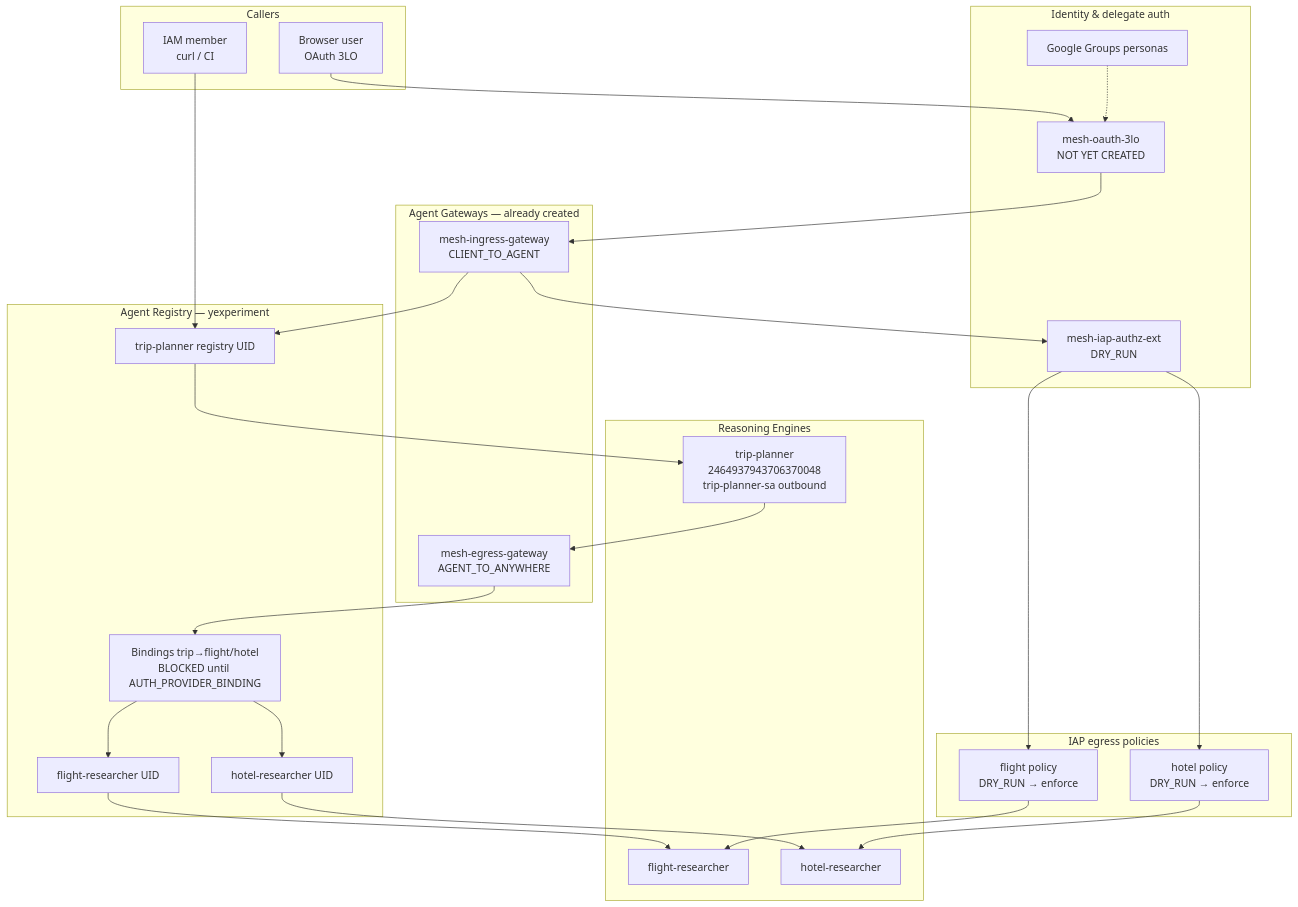
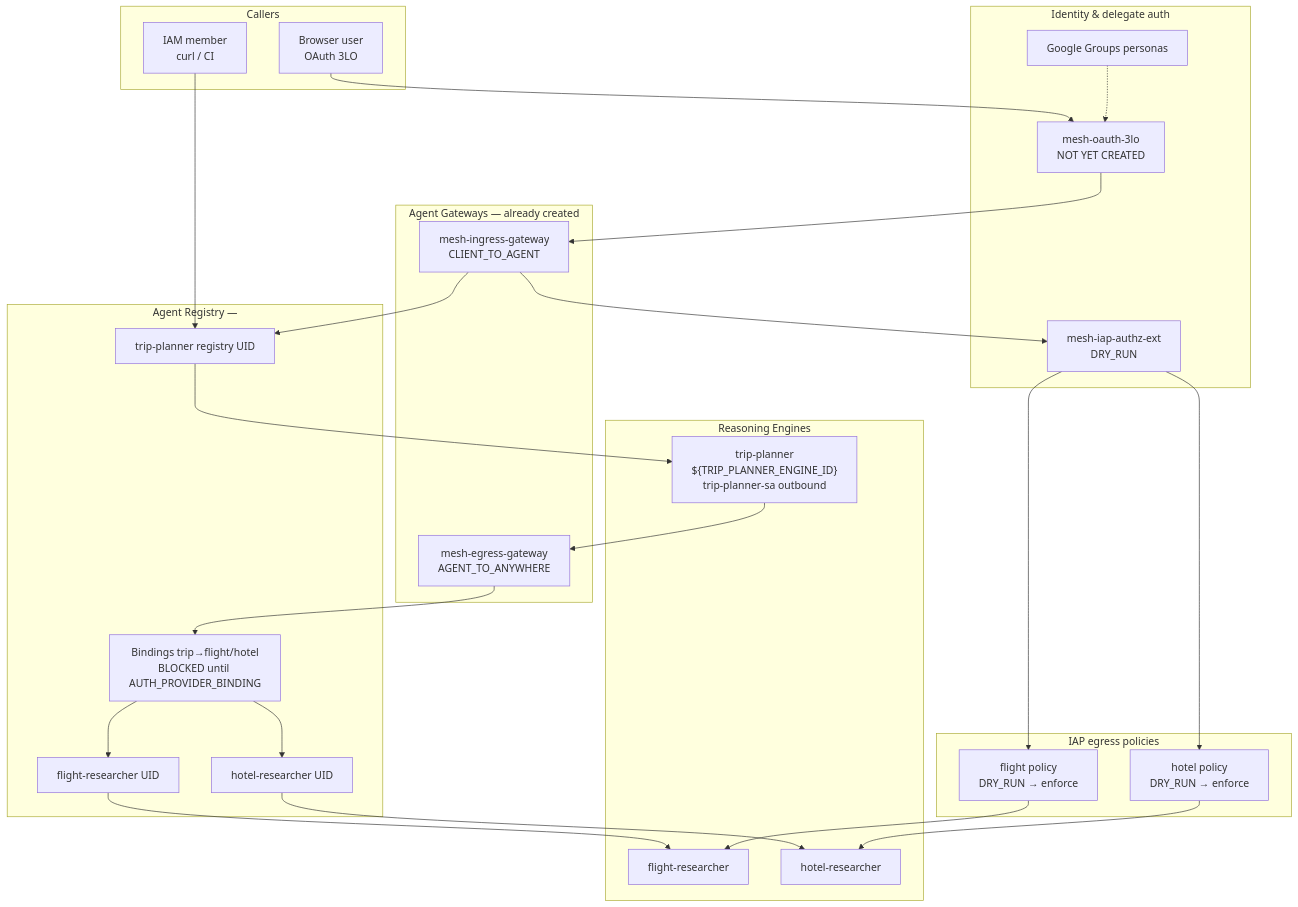
Before and after one commit to yu-iskw/agent-cli-demo: the first of 5 diagrams in docs/guides/05-gateway-policy-demo.md, drawn with Mermaid. The commit also changed other lines of this file and 43 other files, not shown here.

First line of the commit message:
refactor(mesh): make GCP project config portable and add lifecycle scripts

````diff
--- a/docs/guides/05-gateway-policy-demo.md
+++ b/docs/guides/05-gateway-policy-demo.md
@@ -25,54 +25,54 @@
 ```mermaid
 flowchart TB
   subgraph Clients["Callers"]
     Human["Browser user<br/>OAuth 3LO"]
     IAM["IAM member<br/>curl / CI"]
   end
 
   subgraph Gateways["Agent Gateways — already created"]
     IGW["mesh-ingress-gateway<br/>CLIENT_TO_AGENT"]
     EGW["mesh-egress-gateway<br/>AGENT_TO_ANYWHERE"]
   end
 
   subgraph Auth["Identity & delegate auth"]
     OAuth["mesh-oauth-3lo<br/>NOT YET CREATED"]
     Authz["mesh-iap-authz-ext<br/>DRY_RUN"]
     Groups["Google Groups personas"]
     Human --> OAuth
     OAuth --> IGW
     Groups -.-> OAuth
     IGW --> Authz
   end
 
-  subgraph Registry["Agent Registry — yexperiment"]
+  subgraph Registry["Agent Registry — <your-gcp-project>"]
     TP_UID["trip-planner registry UID"]
     FR_UID["flight-researcher UID"]
     HR_UID["hotel-researcher UID"]
     BIND["Bindings trip→flight/hotel<br/>BLOCKED until AUTH_PROVIDER_BINDING"]
   end
 
   subgraph Runtime["Reasoning Engines"]
-    TP["trip-planner<br/>2464937943706370048<br/>trip-planner-sa outbound"]
+    TP["trip-planner<br/>${TRIP_PLANNER_ENGINE_ID}<br/>trip-planner-sa outbound"]
     FR["flight-researcher"]
     HR["hotel-researcher"]
   end
 
   subgraph EgressPol["IAP egress policies"]
     IAPF["flight policy<br/>DRY_RUN → enforce"]
     IAPH["hotel policy<br/>DRY_RUN → enforce"]
   end
 
   IAM --> TP_UID
   IGW --> TP_UID
   TP_UID --> TP
   TP --> EGW
   EGW --> BIND
   BIND --> FR_UID
   BIND --> HR_UID
   FR_UID --> FR
   HR_UID --> HR
   Authz --> IAPF
   Authz --> IAPH
   IAPF --> FR
   IAPH --> HR
 ```
````
